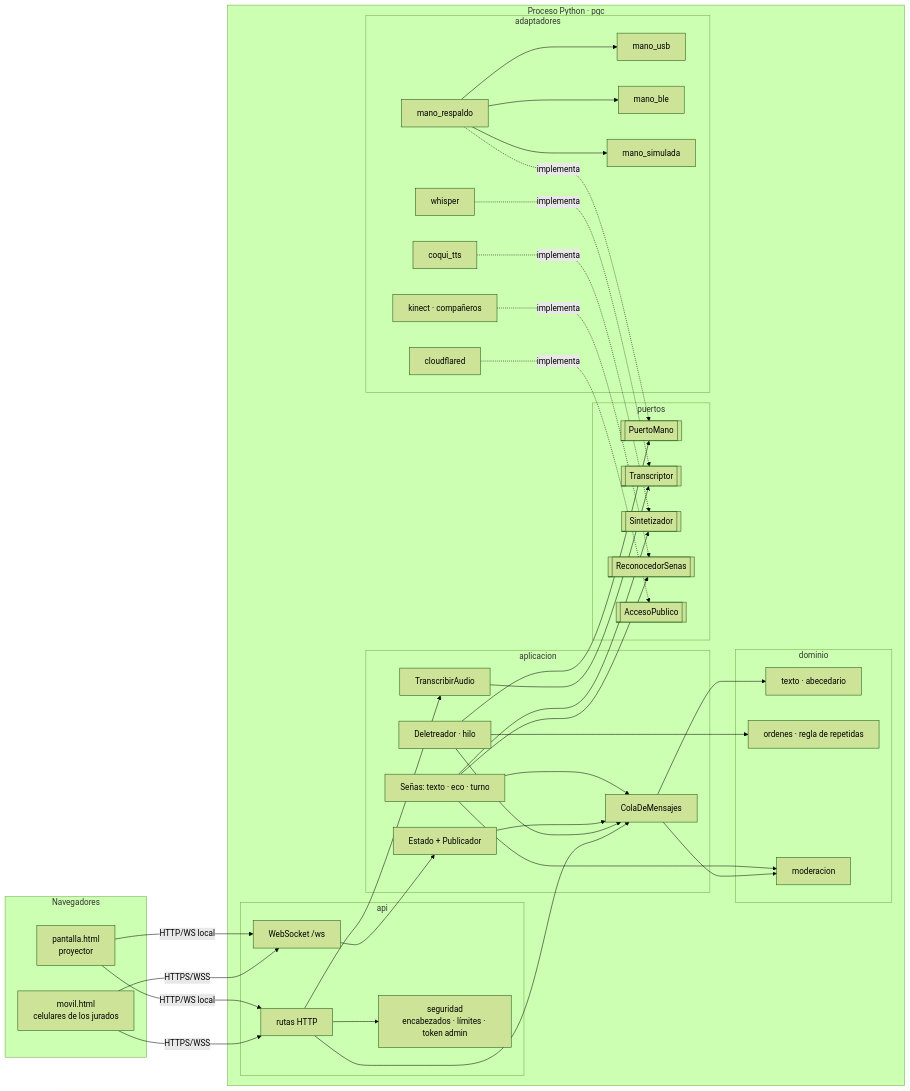
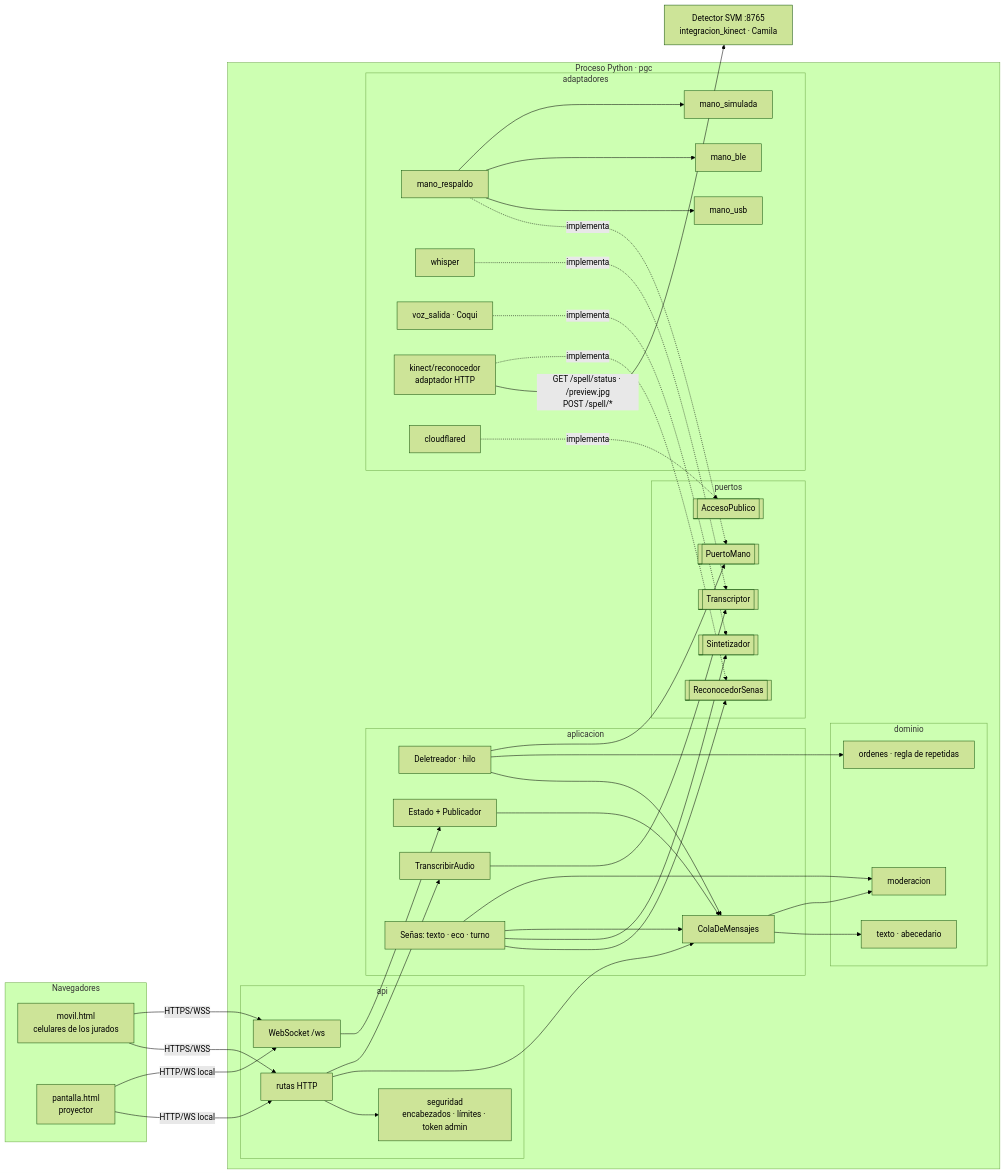
One commit to JenPol23/Proyecto-PGC changed the first of 3 diagrams in docs/ARQUITECTURA.md. Above: the diagram before and after it, drawn with Mermaid (forest theme). The commit also changed other lines of this file and 4 other files, not shown here.

````diff
--- a/docs/ARQUITECTURA.md
+++ b/docs/ARQUITECTURA.md
@@ -201,59 +224,61 @@
 ```mermaid
 flowchart LR
   subgraph Navegadores
     M[movil.html<br/>celulares de los jurados]
     P[pantalla.html<br/>proyector]
   end
   subgraph pgc[Proceso Python · pgc]
     subgraph API[api]
       R[rutas HTTP]
       W[WebSocket /ws]
       S[seguridad<br/>encabezados · límites · token admin]
     end
     subgraph APP[aplicacion]
       C[ColaDeMensajes]
       D[Deletreador · hilo]
       E[Estado + Publicador]
       V[TranscribirAudio]
       K[Señas: texto · eco · turno]
     end
     subgraph DOM[dominio]
       T[texto · abecedario]
       O[ordenes · regla de repetidas]
       F[moderacion]
     end
     subgraph PU[puertos]
       PM[[PuertoMano]]
       PT[[Transcriptor]]
       PS[[Sintetizador]]
       PR[[ReconocedorSenas]]
       PA[[AccesoPublico]]
     end
     subgraph AD[adaptadores]
       AU[mano_usb]
       AW[mano_ble]
       AS[mano_simulada]
       AX[mano_respaldo]
       AWH[whisper]
-      ATT[coqui_tts]
-      AK[kinect · compañeros]
+      ATT[voz_salida · Coqui]
+      AK[kinect/reconocedor<br/>adaptador HTTP]
       ACF[cloudflared]
     end
   end
+  DET[Detector SVM :8765<br/>integracion_kinect · Camila]
+  AK -- GET /spell/status · /preview.jpg<br/>POST /spell/* --> DET
   M -- HTTPS/WSS --> R & W
   P -- HTTP/WS local --> R & W
   R --> S
   R --> C & V
   W --> E
   C --> T & F
   D --> C & O & PM
   E --> C
   V --> PT
   K --> PR & PS & C & F
   AX -. implementa .-> PM
   AX --> AU & AW & AS
   AWH -. implementa .-> PT
   ATT -. implementa .-> PS
   AK -. implementa .-> PR
   ACF -. implementa .-> PA
 ```
````
